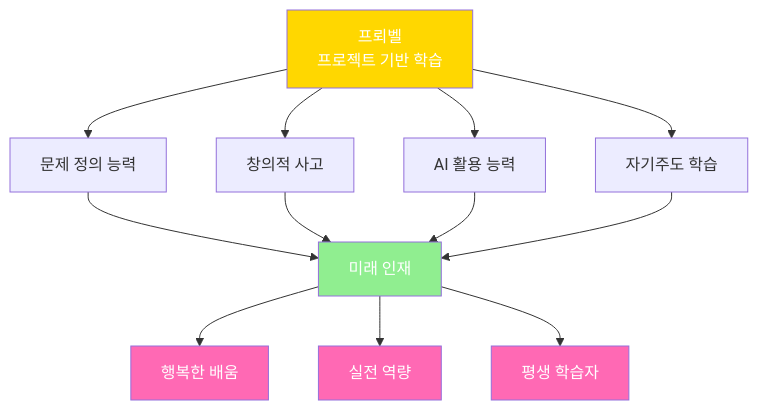
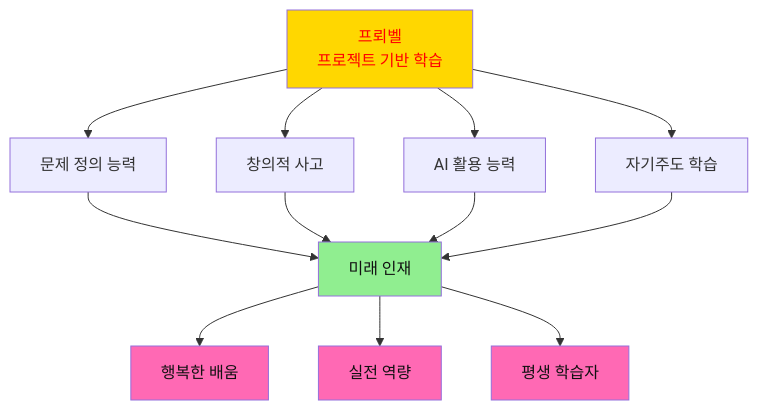
Diagram 28 of 30 in 4단계_프뢰벨_프로젝트기반_교육과정.md (Collegenie-X/froebel), drawn with Mermaid before and after one commit. The commit also changed other lines of this file and 3 other files, not shown here.

````diff
--- a/4단계_프뢰벨_프로젝트기반_교육과정.md
+++ b/4단계_프뢰벨_프로젝트기반_교육과정.md
@@ -1389,22 +1395,22 @@
 ```mermaid
 graph TD
     A[프뢰벨<br/>프로젝트 기반 학습] --> B[문제 정의 능력]
     A --> C[창의적 사고]
     A --> D[AI 활용 능력]
     A --> E[자기주도 학습]
     
     B --> F[미래 인재]
     C --> F
     D --> F
     E --> F
     
     F --> G[행복한 배움]
     F --> H[실전 역량]
     F --> I[평생 학습자]
     
-    style A fill:#FFD700,color:#fff
-    style F fill:#90EE90,color:#fff
-    style G fill:#FF69B4,color:#fff
-    style H fill:#FF69B4,color:#fff
-    style I fill:#FF69B4,color:#fff
+    style A fill:#FFD700,color:#f00
+    style F fill:#90EE90,color:#111
+    style G fill:#FF69B4,color:#111
+    style H fill:#FF69B4,color:#111
+    style I fill:#FF69B4,color:#111
 ```
````
